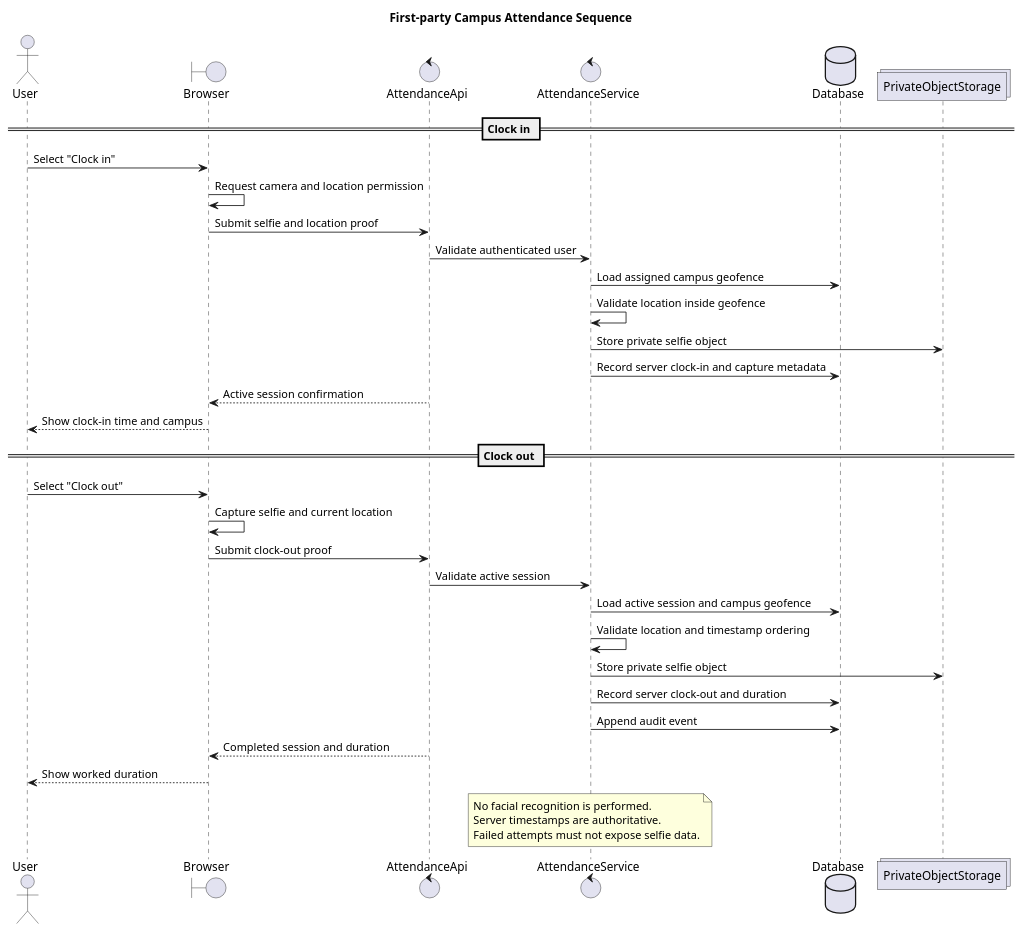
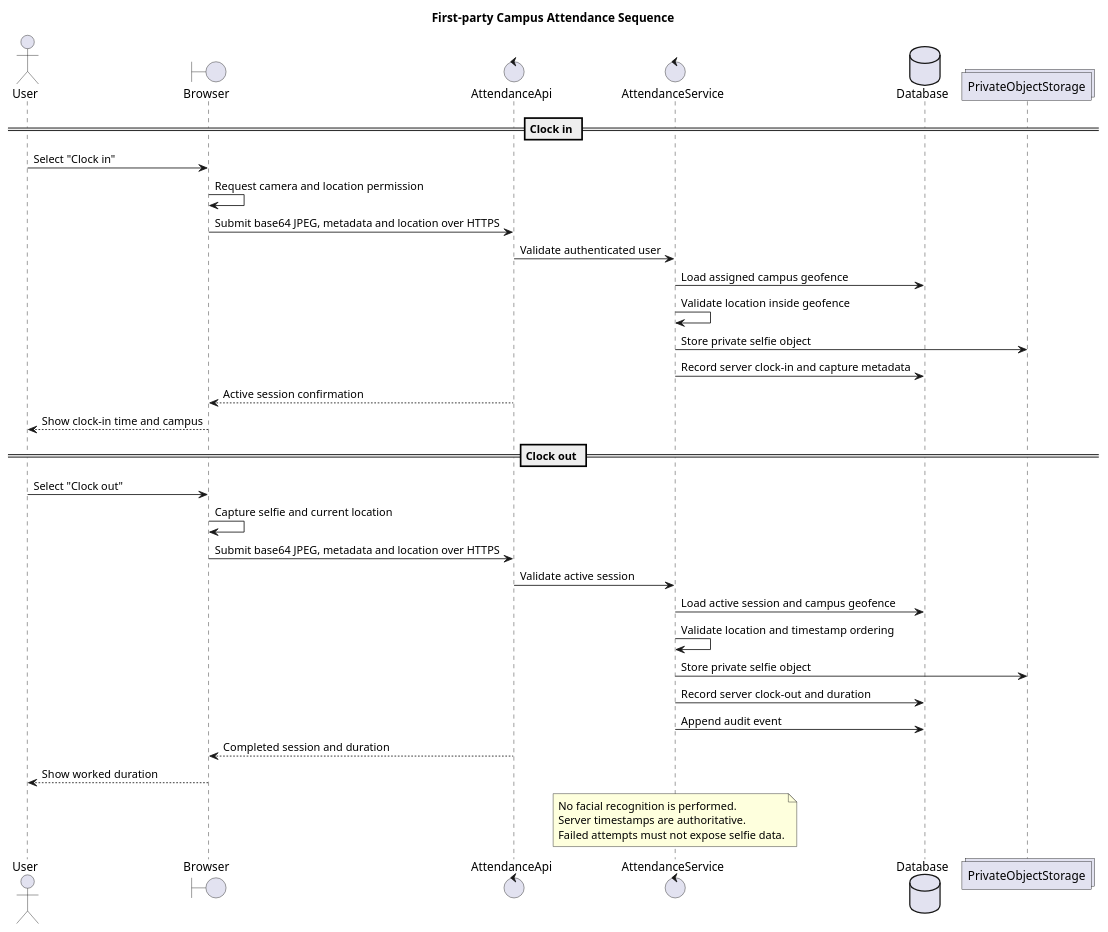
One commit to Majivana/WTC_Workhub changed the diagram in docs/diagrams/attendance-sequence.puml. Above: the diagram before and after it, drawn with PlantUML. The commit also changed 41 other files, not shown here.

```diff
--- a/docs/diagrams/attendance-sequence.puml
+++ b/docs/diagrams/attendance-sequence.puml
@@ -1,41 +1,41 @@
 @startuml
 title First-party Campus Attendance Sequence
 
 actor User
 boundary Browser
 control AttendanceApi
 control AttendanceService
 database Database
 collections PrivateObjectStorage
 
 == Clock in ==
 User -> Browser: Select "Clock in"
 Browser -> Browser: Request camera and location permission
-Browser -> AttendanceApi: Submit selfie and location proof
+Browser -> AttendanceApi: Submit base64 JPEG, metadata and location over HTTPS
 AttendanceApi -> AttendanceService: Validate authenticated user
 AttendanceService -> Database: Load assigned campus geofence
 AttendanceService -> AttendanceService: Validate location inside geofence
 AttendanceService -> PrivateObjectStorage: Store private selfie object
 AttendanceService -> Database: Record server clock-in and capture metadata
 AttendanceApi --> Browser: Active session confirmation
 Browser --> User: Show clock-in time and campus
 
 == Clock out ==
 User -> Browser: Select "Clock out"
 Browser -> Browser: Capture selfie and current location
-Browser -> AttendanceApi: Submit clock-out proof
+Browser -> AttendanceApi: Submit base64 JPEG, metadata and location over HTTPS
 AttendanceApi -> AttendanceService: Validate active session
 AttendanceService -> Database: Load active session and campus geofence
 AttendanceService -> AttendanceService: Validate location and timestamp ordering
 AttendanceService -> PrivateObjectStorage: Store private selfie object
 AttendanceService -> Database: Record server clock-out and duration
 AttendanceService -> Database: Append audit event
 AttendanceApi --> Browser: Completed session and duration
 Browser --> User: Show worked duration
 
 note over AttendanceService
 No facial recognition is performed.
 Server timestamps are authoritative.
 Failed attempts must not expose selfie data.
 end note
 @enduml
```
